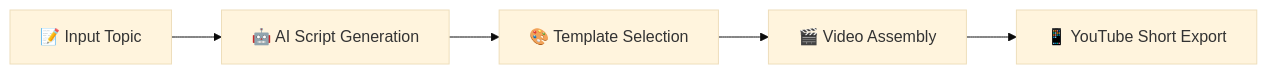
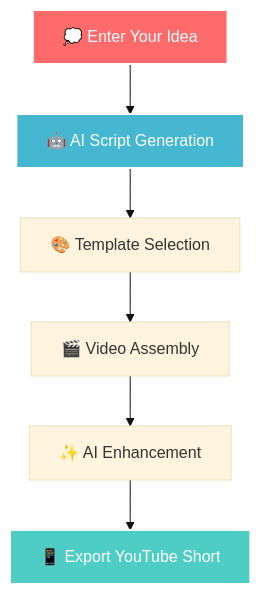
Before and after one commit to minindu-alwis/yt-short-video-genarator: the diagram in README.md, drawn with Mermaid (base theme). The commit also changed other lines of this file, not shown here.

````diff
--- a/README.md
+++ b/README.md
@@ -111,7 +106,12 @@
 ```mermaid
-graph LR
-    A[📝 Input Topic] --> B[🤖 AI Script Generation]
+graph TD
+    A[💭 Enter Your Idea] --> B[🤖 AI Script Generation]
     B --> C[🎨 Template Selection]
     C --> D[🎬 Video Assembly]
-    D --> E[📱 YouTube Short Export]
+    D --> E[✨ AI Enhancement]
+    E --> F[📱 Export YouTube Short]
+    
+    style A fill:#ff6b6b,stroke:#fff,stroke-width:2px,color:#fff
+    style F fill:#4ecdc4,stroke:#fff,stroke-width:2px,color:#fff
+    style B fill:#45b7d1,stroke:#fff,stroke-width:2px,color:#fff
 ```
````
